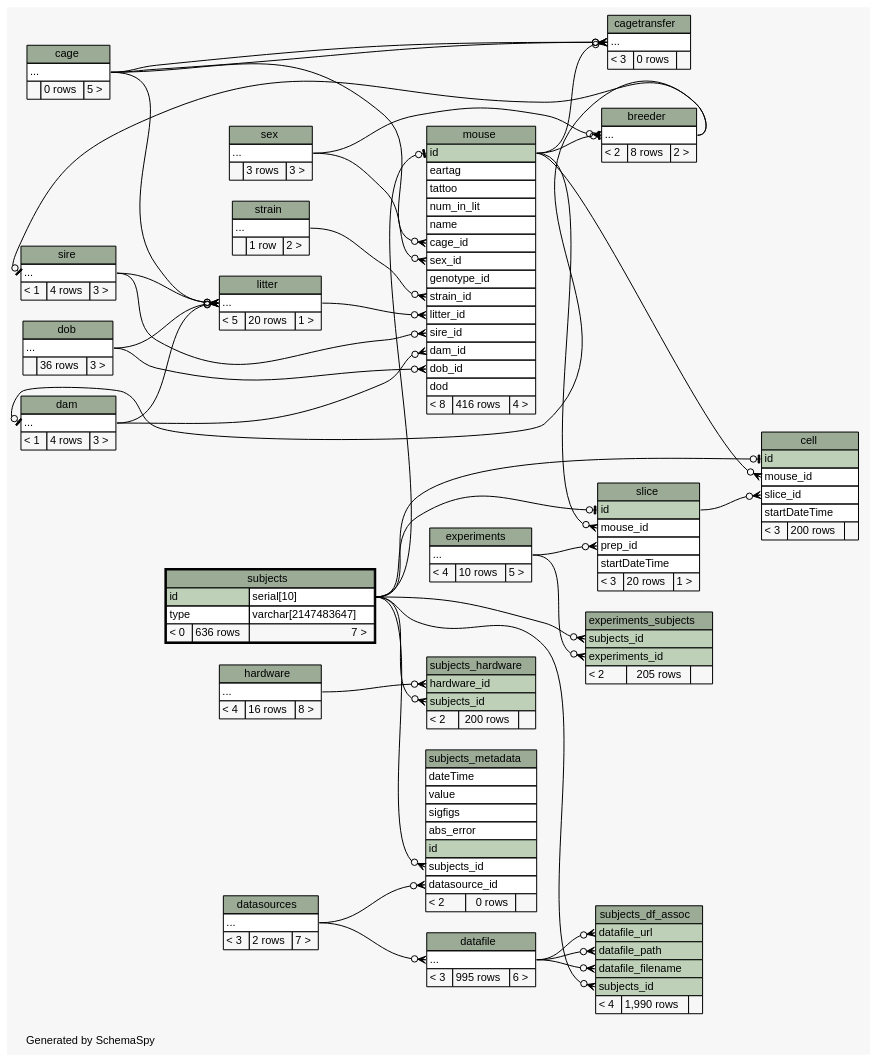
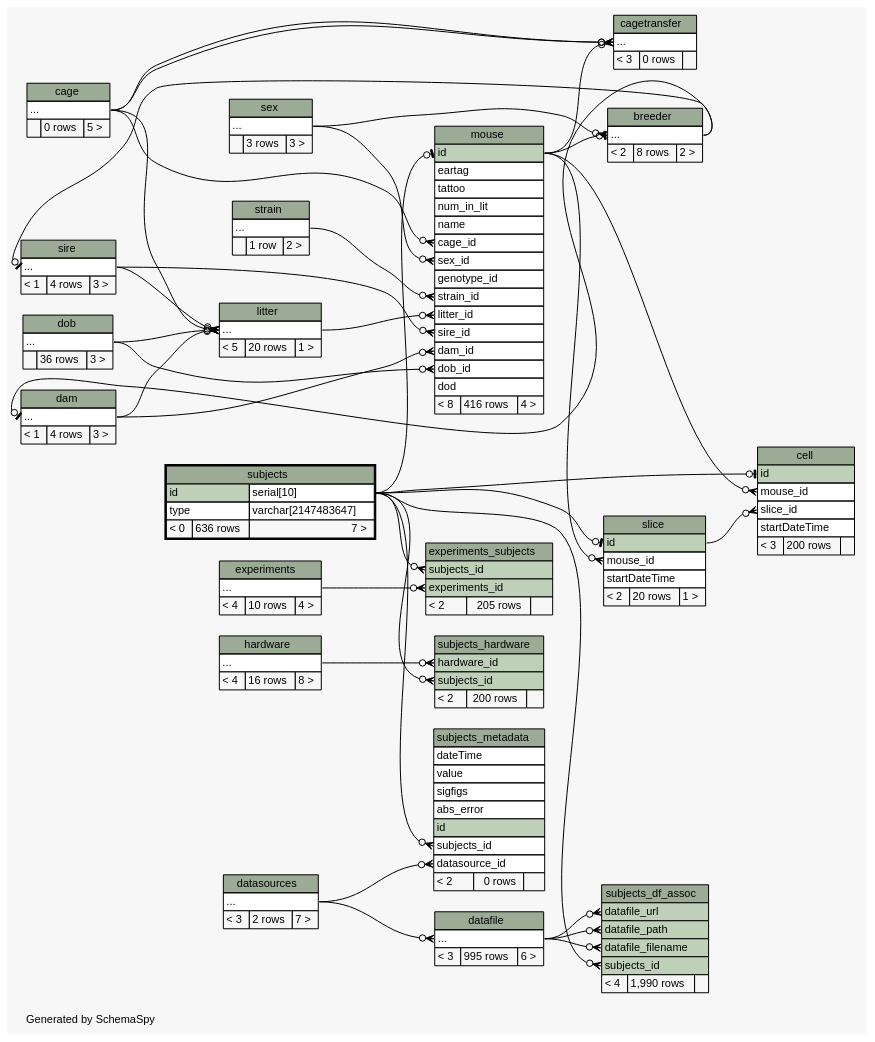
Before and after one commit to tgbugs/mlab: the diagram in database/ss/diagrams/subjects.2degrees.dot, drawn with Graphviz. The commit also changed 167 other files, not shown here.

```diff
--- a/database/ss/diagrams/subjects.2degrees.dot
+++ b/database/ss/diagrams/subjects.2degrees.dot
@@ -46,7 +46,6 @@
   "sire":"elipses":w -> "breeder":"elipses":e [arrowhead=none dir=back arrowtail=teeodot];
   "slice":"id":w -> "subjects":"id.type":e [arrowhead=none dir=back arrowtail=teeodot];
   "slice":"mouse_id":w -> "mouse":"id":e [arrowhead=none dir=back arrowtail=crowodot];
-  "slice":"prep_id":w -> "experiments":"elipses":e [arrowhead=none dir=back arrowtail=crowodot];
   "subjects_df_assoc":"datafile_filename":w -> "datafile":"elipses":e [arrowhead=none dir=back arrowtail=crowodot];
   "subjects_df_assoc":"datafile_path":w -> "datafile":"elipses":e [arrowhead=none dir=back arrowtail=crowodot];
   "subjects_df_assoc":"datafile_url":w -> "datafile":"elipses":e [arrowhead=none dir=back arrowtail=crowodot];
@@ -143,7 +142,7 @@
     <TABLE BORDER="0" CELLBORDER="1" CELLSPACING="0" BGCOLOR="#ffffff">
       <TR><TD COLSPAN="3" BGCOLOR="#9bab96" ALIGN="CENTER">experiments</TD></TR>
       <TR><TD PORT="elipses" COLSPAN="3" ALIGN="LEFT">...</TD></TR>
-      <TR><TD ALIGN="LEFT" BGCOLOR="#f7f7f7">&lt; 4</TD><TD ALIGN="RIGHT" BGCOLOR="#f7f7f7">10 rows</TD><TD ALIGN="RIGHT" BGCOLOR="#f7f7f7">5 &gt;</TD></TR>
+      <TR><TD ALIGN="LEFT" BGCOLOR="#f7f7f7">&lt; 4</TD><TD ALIGN="RIGHT" BGCOLOR="#f7f7f7">10 rows</TD><TD ALIGN="RIGHT" BGCOLOR="#f7f7f7">4 &gt;</TD></TR>
     </TABLE>>
     URL="experiments.html"
     tooltip="experiments"
@@ -228,9 +227,8 @@
       <TR><TD COLSPAN="3" BGCOLOR="#9bab96" ALIGN="CENTER">slice</TD></TR>
       <TR><TD PORT="id" COLSPAN="3" BGCOLOR="#bed1b8" ALIGN="LEFT">id</TD></TR>
       <TR><TD PORT="mouse_id" COLSPAN="3" ALIGN="LEFT">mouse_id</TD></TR>
-      <TR><TD PORT="prep_id" COLSPAN="3" ALIGN="LEFT">prep_id</TD></TR>
       <TR><TD PORT="startDateTime" COLSPAN="3" ALIGN="LEFT">startDateTime</TD></TR>
-      <TR><TD ALIGN="LEFT" BGCOLOR="#f7f7f7">&lt; 3</TD><TD ALIGN="RIGHT" BGCOLOR="#f7f7f7">20 rows</TD><TD ALIGN="RIGHT" BGCOLOR="#f7f7f7">1 &gt;</TD></TR>
+      <TR><TD ALIGN="LEFT" BGCOLOR="#f7f7f7">&lt; 2</TD><TD ALIGN="RIGHT" BGCOLOR="#f7f7f7">20 rows</TD><TD ALIGN="RIGHT" BGCOLOR="#f7f7f7">1 &gt;</TD></TR>
     </TABLE>>
     URL="slice.html"
     tooltip="slice"
```
